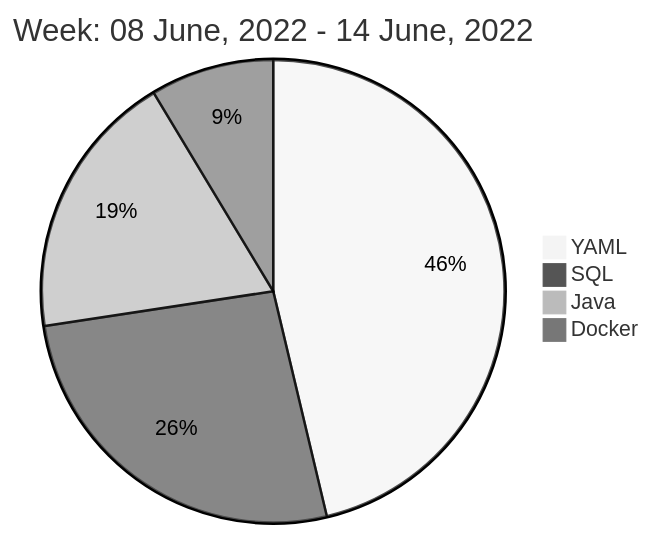
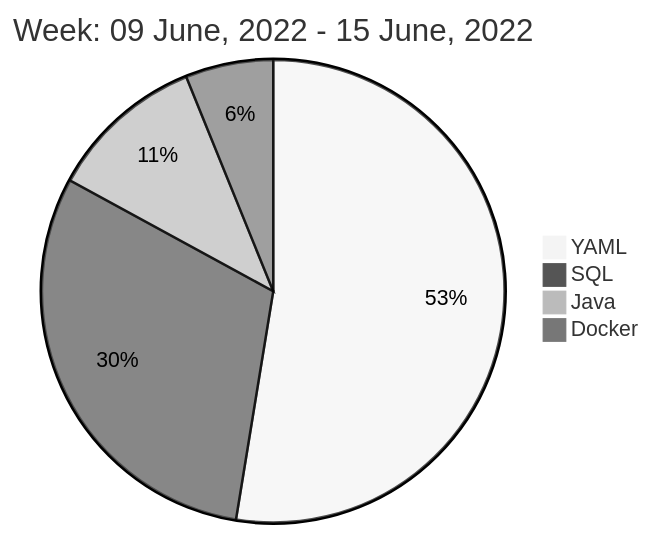
Before and after one commit to liubin95/liubin95: the diagram in README.md, drawn with Mermaid (neutral theme).

Commit message:
Updated the Graph with new Metrics

````diff
--- a/README.md
+++ b/README.md
@@ -40,8 +40,8 @@
 ```mermaid
  pie
-title Week: 08 June, 2022 - 14 June, 2022
- "YAML" : 8.58
- "SQL" : 4.88
- "Java" : 3.48
- "Docker" : 1.6
+title Week: 09 June, 2022 - 15 June, 2022
+ "YAML" : 8.57
+ "SQL" : 4.95
+ "Java" : 1.78
+ "Docker" : 1.0
 ```
````
